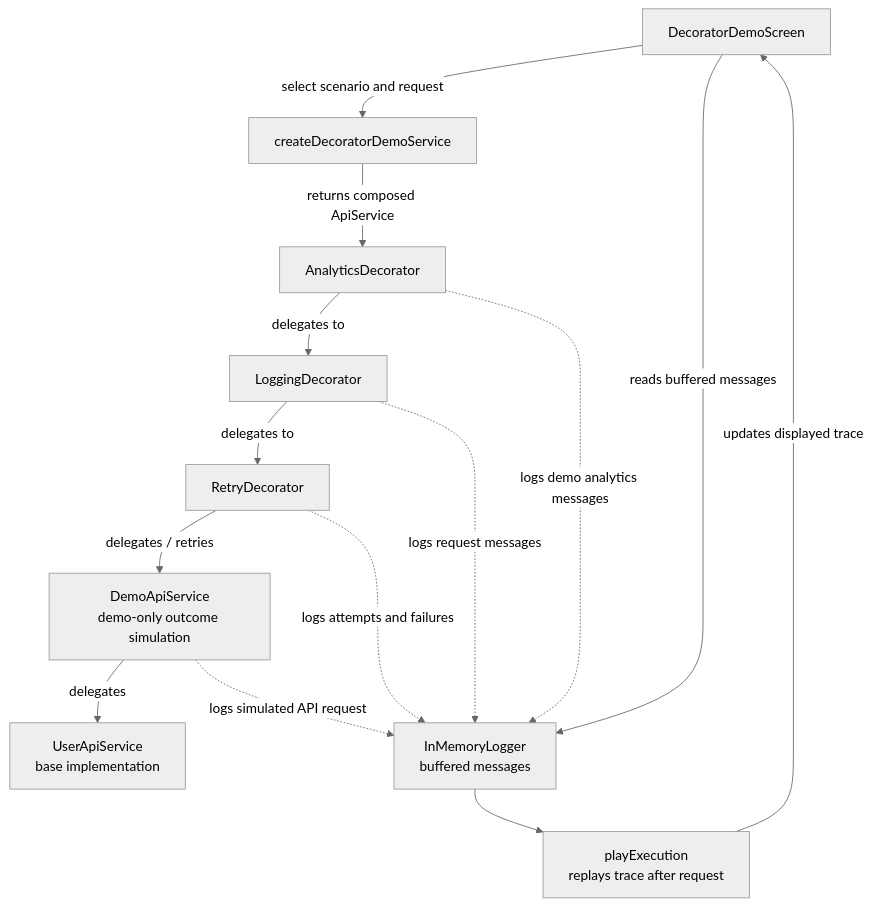
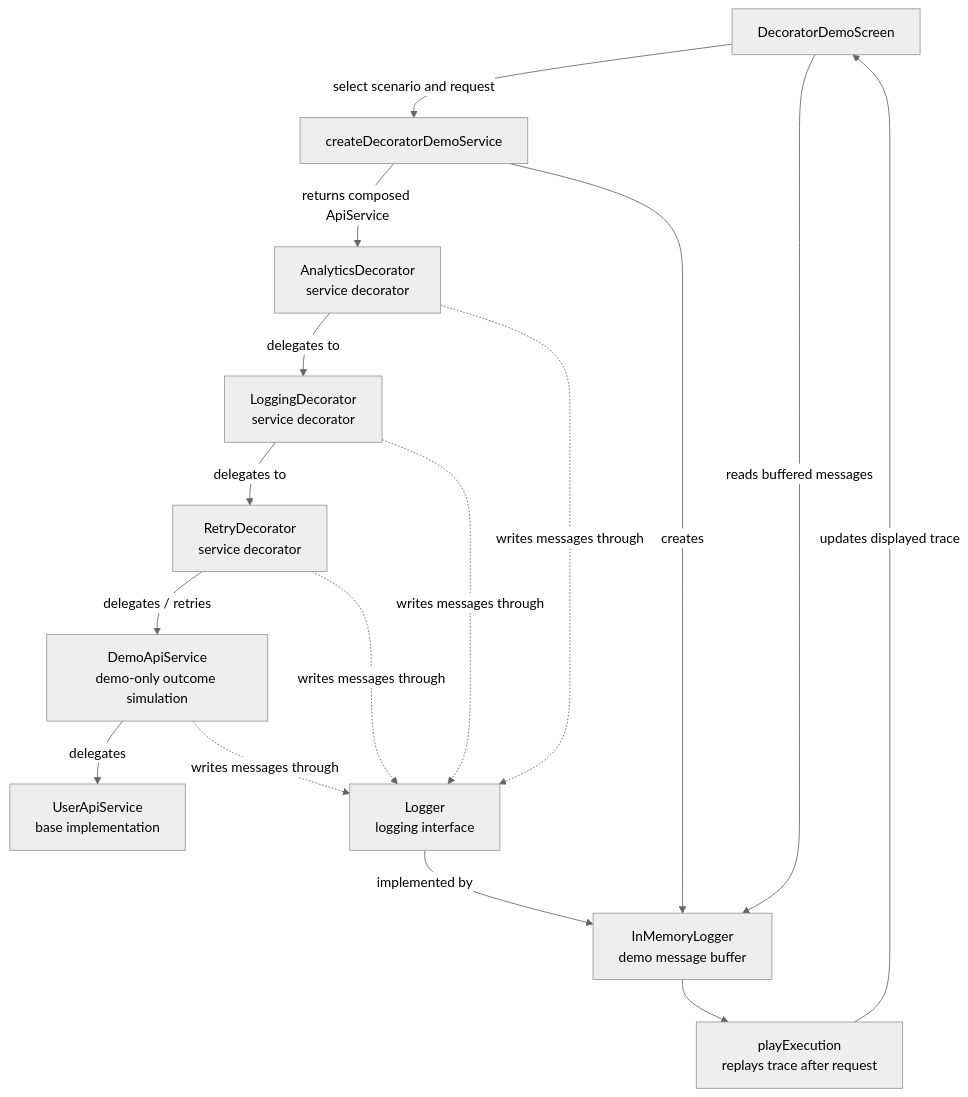
The first of 2 diagrams in src/patterns/behavioral/decorator/README.md (sallySalem/react-native-pattern-playground), drawn with Mermaid (neutral theme) before and after one commit. The commit also changed other lines of this file, not shown here.

````diff
--- a/src/patterns/behavioral/decorator/README.md
+++ b/src/patterns/behavioral/decorator/README.md
@@ -414,25 +365,28 @@
 ```mermaid
 flowchart TD
     Client[DecoratorDemoScreen]
     Factory[createDecoratorDemoService]
-    A[AnalyticsDecorator]
-    L[LoggingDecorator]
-    R[RetryDecorator]
+    A[AnalyticsDecorator<br/>service decorator]
+    L[LoggingDecorator<br/>service decorator]
+    R[RetryDecorator<br/>service decorator]
     D[DemoApiService<br/>demo-only outcome simulation]
     U[UserApiService<br/>base implementation]
-    Logger[InMemoryLogger<br/>buffered messages]
+    Logger[Logger<br/>logging interface]
+    MemoryLogger[InMemoryLogger<br/>demo message buffer]
     Replay[playExecution<br/>replays trace after request]
     Client -->|select scenario and request| Factory
     Factory -->|returns composed ApiService| A
+    Factory -->|creates| MemoryLogger
     A -->|delegates to| L
     L -->|delegates to| R
     R -->|delegates / retries| D
     D -->|delegates| U
-    A -.->|logs demo analytics messages| Logger
-    L -.->|logs request messages| Logger
-    R -.->|logs attempts and failures| Logger
-    D -.->|logs simulated API request| Logger
-    Client -->|reads buffered messages| Logger
-    Logger --> Replay
+    A -.->|writes messages through| Logger
+    L -.->|writes messages through| Logger
+    R -.->|writes messages through| Logger
+    D -.->|writes messages through| Logger
+    Logger -->|implemented by| MemoryLogger
+    Client -->|reads buffered messages| MemoryLogger
+    MemoryLogger --> Replay
     Replay -->|updates displayed trace| Client
 ```
````
